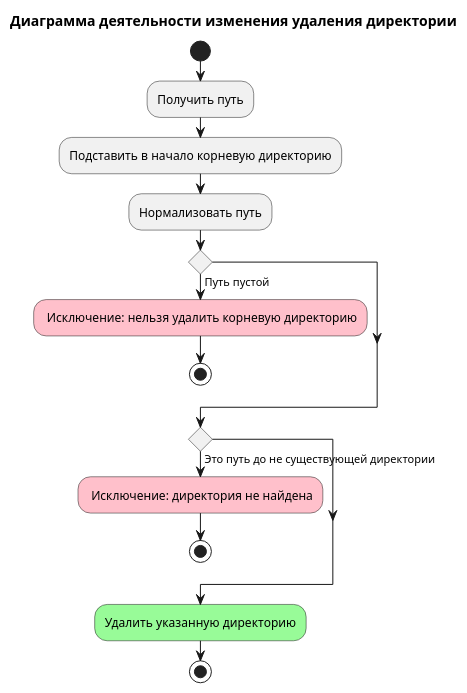
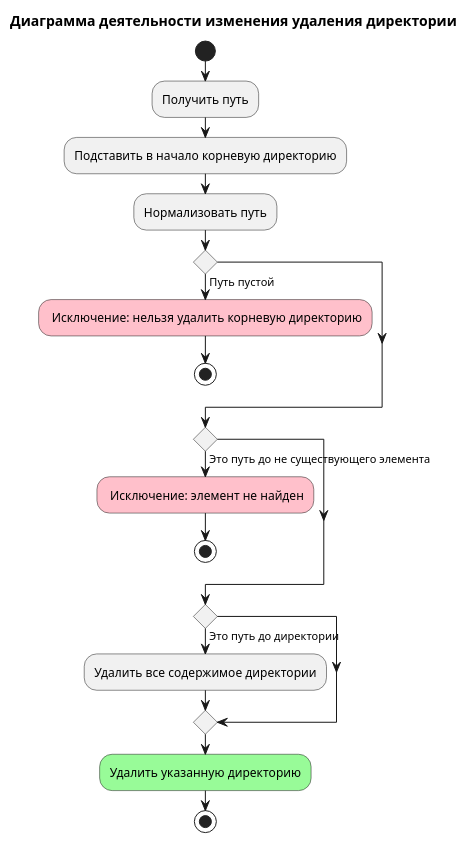
Before and after one commit to PavelPutin/Zile-filla: the diagram in documentation/diagrams/A3-delete-file-system-element.pu, drawn with PlantUML. The commit also changed 1 other file, not shown here.

Commit message:
doc: add action of delete subelements in delete element diagram

```diff
--- a/documentation/diagrams/A3-delete-file-system-element.pu
+++ b/documentation/diagrams/A3-delete-file-system-element.pu
@@ -1,25 +1,29 @@
 @startuml A3-delete-file-system-element
 title
 Диаграмма деятельности изменения удаления директории
 end title
 
 start
 :Получить путь;
 :Подставить в начало корневую директорию;
 :Нормализовать путь;
 
 if () then (Путь пустой)
     #pink: Исключение: нельзя удалить корневую директорию;
     stop
 endif
 
-if () then (Это путь до не существующей директории)
-    #pink: Исключение: директория не найдена;
+if () then (Это путь до не существующего элемента)
+    #pink: Исключение: элемент не найден;
     stop
+endif
+
+if () then (Это путь до директории)
+    :Удалить все содержимое директории;
 endif
 
 #palegreen:Удалить указанную директорию;
 
 stop
 
 @enduml
```
